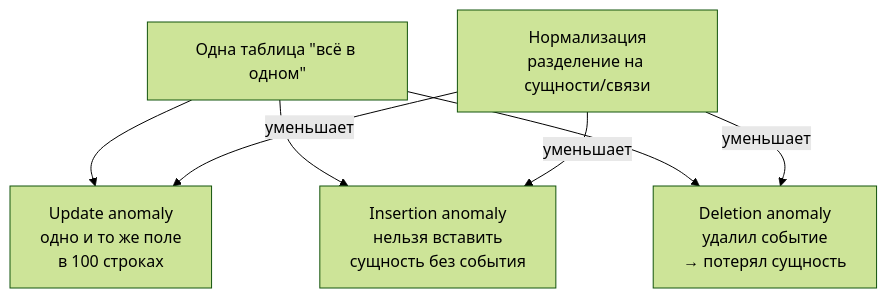
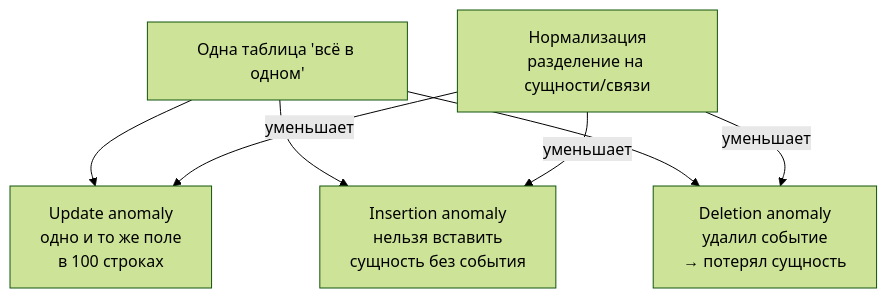
One commit to DDoSKudya/ai-study-atlas changed the first of 8 diagrams in directions/cs_fundamentals/db/pact/01_teoriya_i_modeli_dannyh/02_2_normalizatsiya.md. Above: the diagram before and after it, drawn with Mermaid (forest theme). The commit also changed other lines of this file and 81 other files, not shown here.

Commit message:
fix(docs): make mermaid diagrams GitHub-compatible across directions content

````diff
--- a/directions/cs_fundamentals/db/pact/01_teoriya_i_modeli_dannyh/02_2_normalizatsiya.md
+++ b/directions/cs_fundamentals/db/pact/01_teoriya_i_modeli_dannyh/02_2_normalizatsiya.md
@@ -40,9 +40,9 @@
 ```mermaid
 flowchart TB
-  Bad["Одна таблица #quot;всё в одном#quot;"] --> U["Update anomaly\nодно и то же поле\nв 100 строках"]
+  Bad["Одна таблица 'всё в одном'"] --> U["Update anomaly\nодно и то же поле\nв 100 строках"]
   Bad --> I["Insertion anomaly\nнельзя вставить\nсущность без события"]
   Bad --> D["Deletion anomaly\nудалил событие\n→ потерял сущность"]
   Fix["Нормализация\nразделение на сущности/связи"] -->|уменьшает| U
   Fix -->|уменьшает| I
   Fix -->|уменьшает| D
 ```
````
